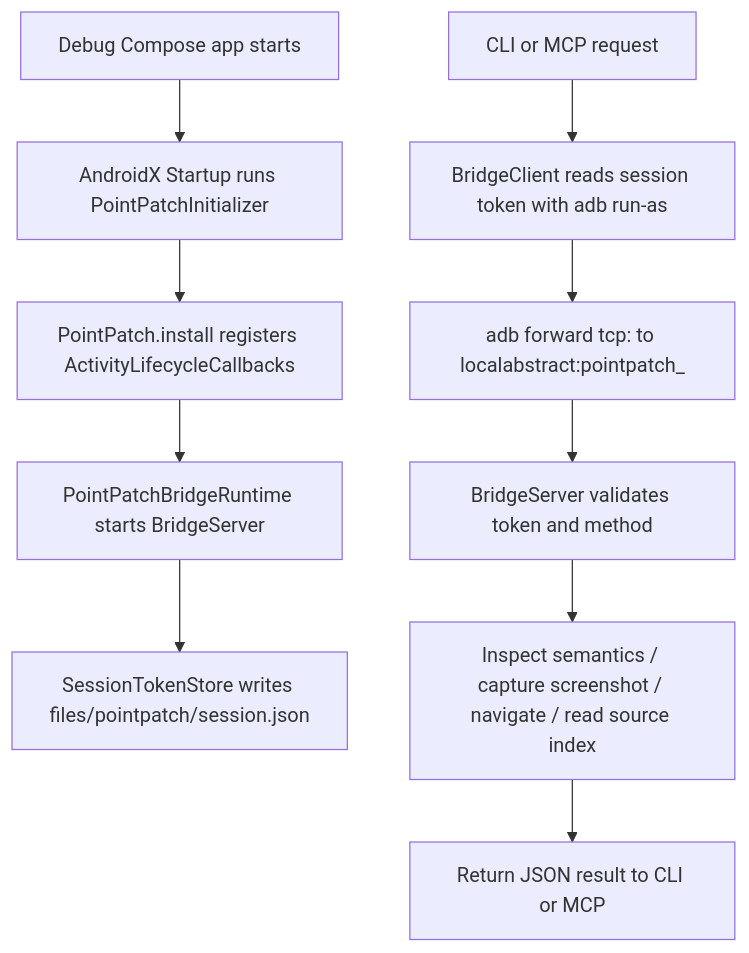
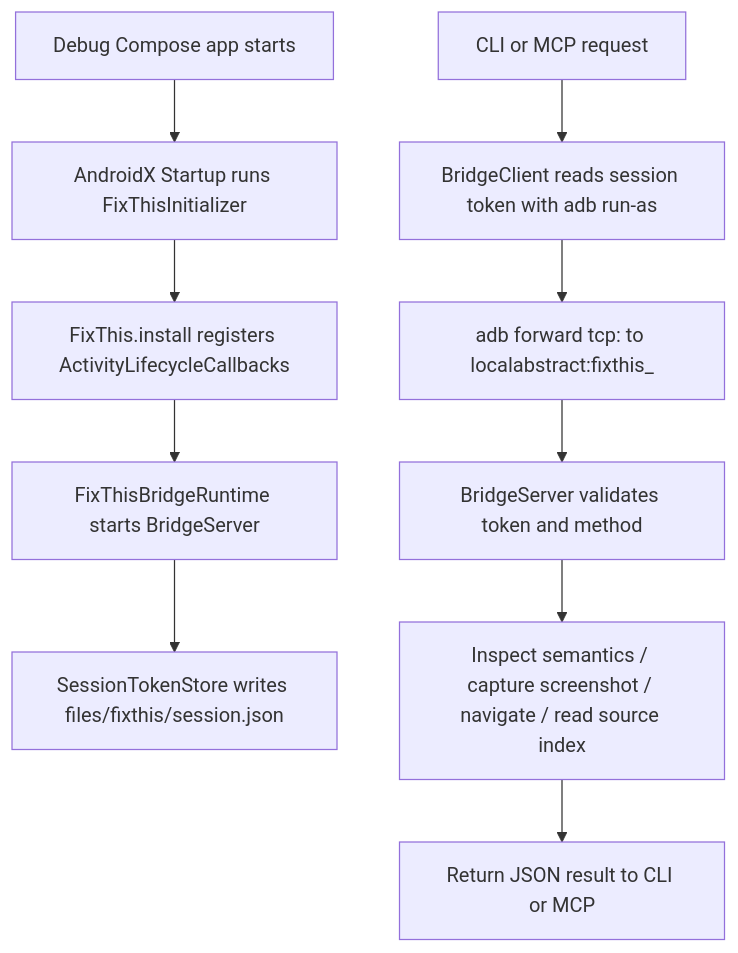
The first of 2 diagrams in docs/project-overview.md (beyondwin/FixThis), drawn with Mermaid before and after one commit. The commit also changed other lines of this file and 16 other files, not shown here.

````diff
--- a/docs/project-overview.md
+++ b/docs/project-overview.md
@@ -158,12 +158,12 @@
 ```mermaid
 flowchart TD
-    A["Debug Compose app starts"] --> B["AndroidX Startup runs PointPatchInitializer"]
-    B --> C["PointPatch.install registers ActivityLifecycleCallbacks"]
-    C --> D["PointPatchBridgeRuntime starts BridgeServer"]
-    D --> E["SessionTokenStore writes files/pointpatch/session.json"]
+    A["Debug Compose app starts"] --> B["AndroidX Startup runs FixThisInitializer"]
+    B --> C["FixThis.install registers ActivityLifecycleCallbacks"]
+    C --> D["FixThisBridgeRuntime starts BridgeServer"]
+    D --> E["SessionTokenStore writes files/fixthis/session.json"]
     F["CLI or MCP request"] --> G["BridgeClient reads session token with adb run-as"]
-    G --> H["adb forward tcp:<port> to localabstract:pointpatch_<package>"]
+    G --> H["adb forward tcp:<port> to localabstract:fixthis_<package>"]
     H --> I["BridgeServer validates token and method"]
     I --> J["Inspect semantics / capture screenshot / navigate / read source index"]
     J --> K["Return JSON result to CLI or MCP"]
 ```
````
